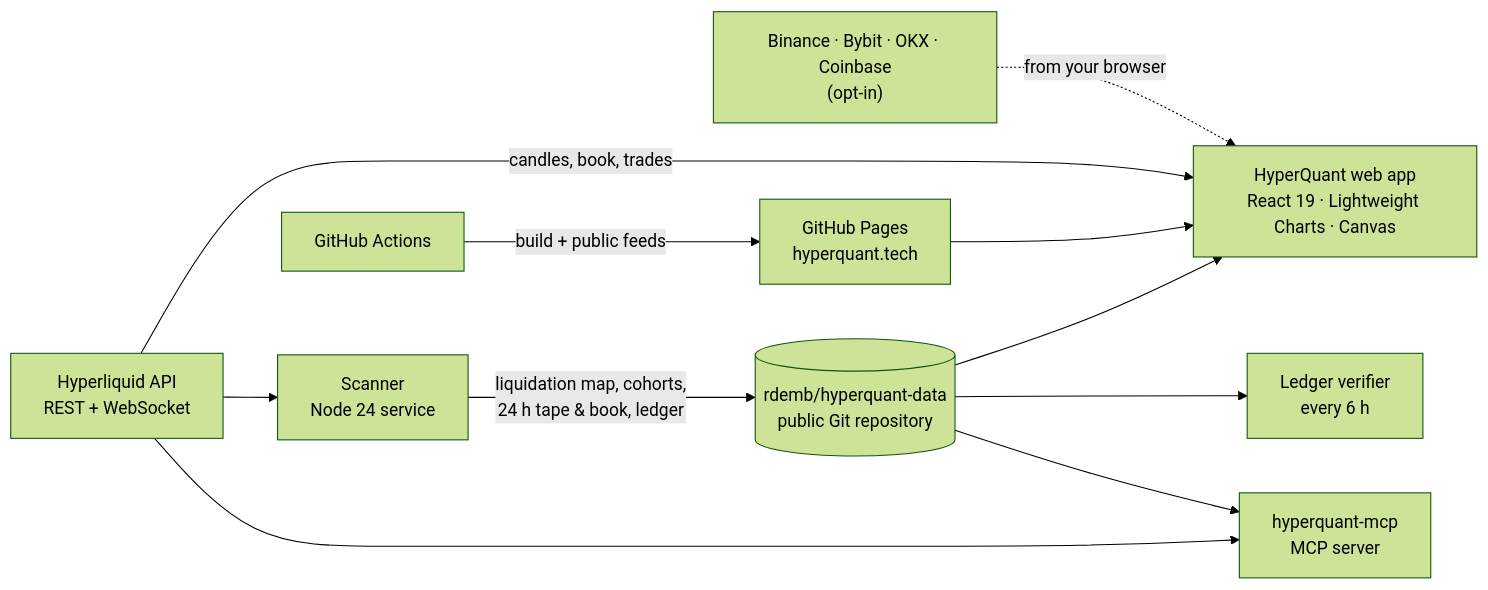
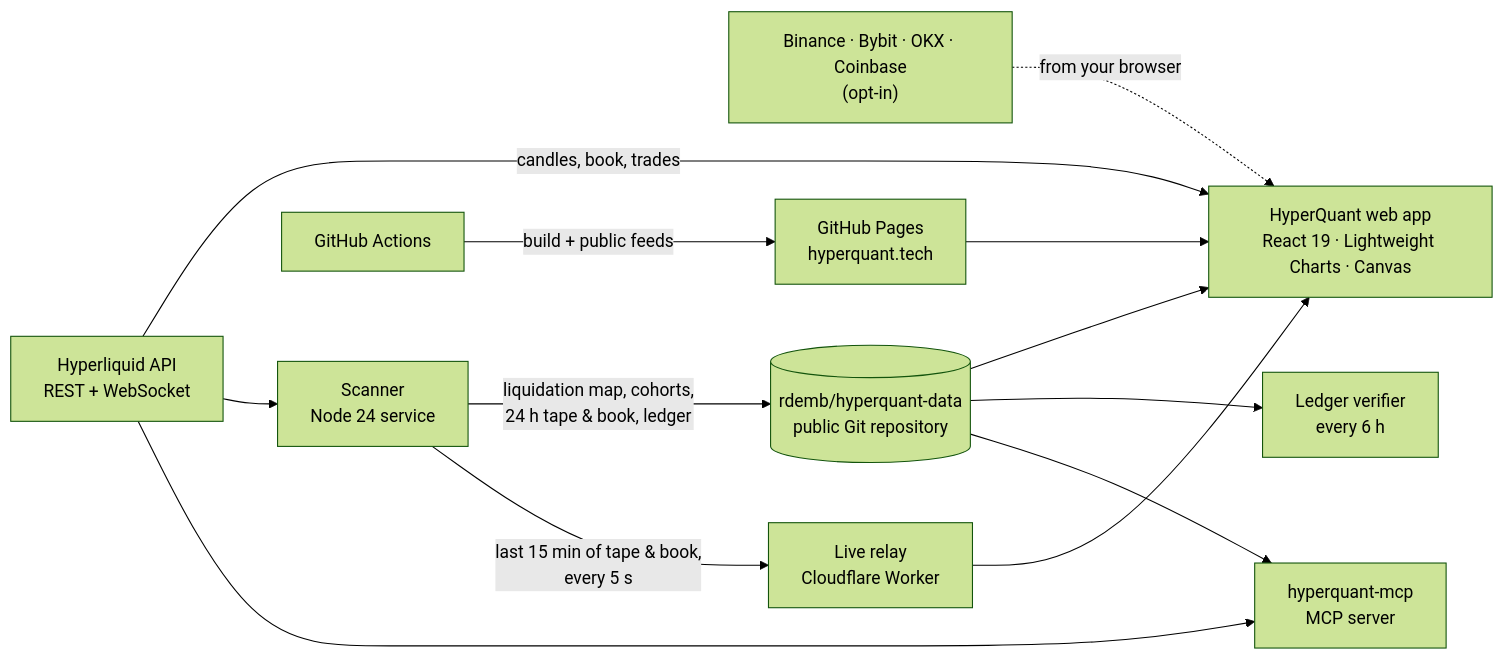
One commit to rdemb/HyperQuant changed the diagram in README.md. Above: the diagram before and after it, drawn with Mermaid (forest theme). The commit also changed other lines of this file, not shown here.

First line of the commit message:
README: przekaźnik na diagramie, darmowy model bez subskrypcji, gwiazdka

````diff
--- a/README.md
+++ b/README.md
@@ -137,23 +137,26 @@
 ```mermaid
 flowchart LR
   HL["Hyperliquid API<br/>REST + WebSocket"]
   CEX["Binance · Bybit · OKX · Coinbase<br/>(opt-in)"]
   SC["Scanner<br/>Node 24 service"]
   DATA[("rdemb/hyperquant-data<br/>public Git repository")]
   APP["HyperQuant web app<br/>React 19 · Lightweight Charts · Canvas"]
   GHA["GitHub Actions"]
   PAGES["GitHub Pages<br/>hyperquant.tech"]
   VER["Ledger verifier<br/>every 6 h"]
   MCP["hyperquant-mcp<br/>MCP server"]
+  LIVE["Live relay<br/>Cloudflare Worker"]
 
   HL -->|candles, book, trades| APP
   CEX -.->|from your browser| APP
   HL --> SC
   SC -->|liquidation map, cohorts,<br/>24 h tape & book, ledger| DATA
+  SC -->|last 15 min of tape & book,<br/>every 5 s| LIVE
   DATA --> APP
+  LIVE --> APP
   GHA -->|build + public feeds| PAGES
   PAGES --> APP
   DATA --> VER
   DATA --> MCP
   HL --> MCP
 ```
````
